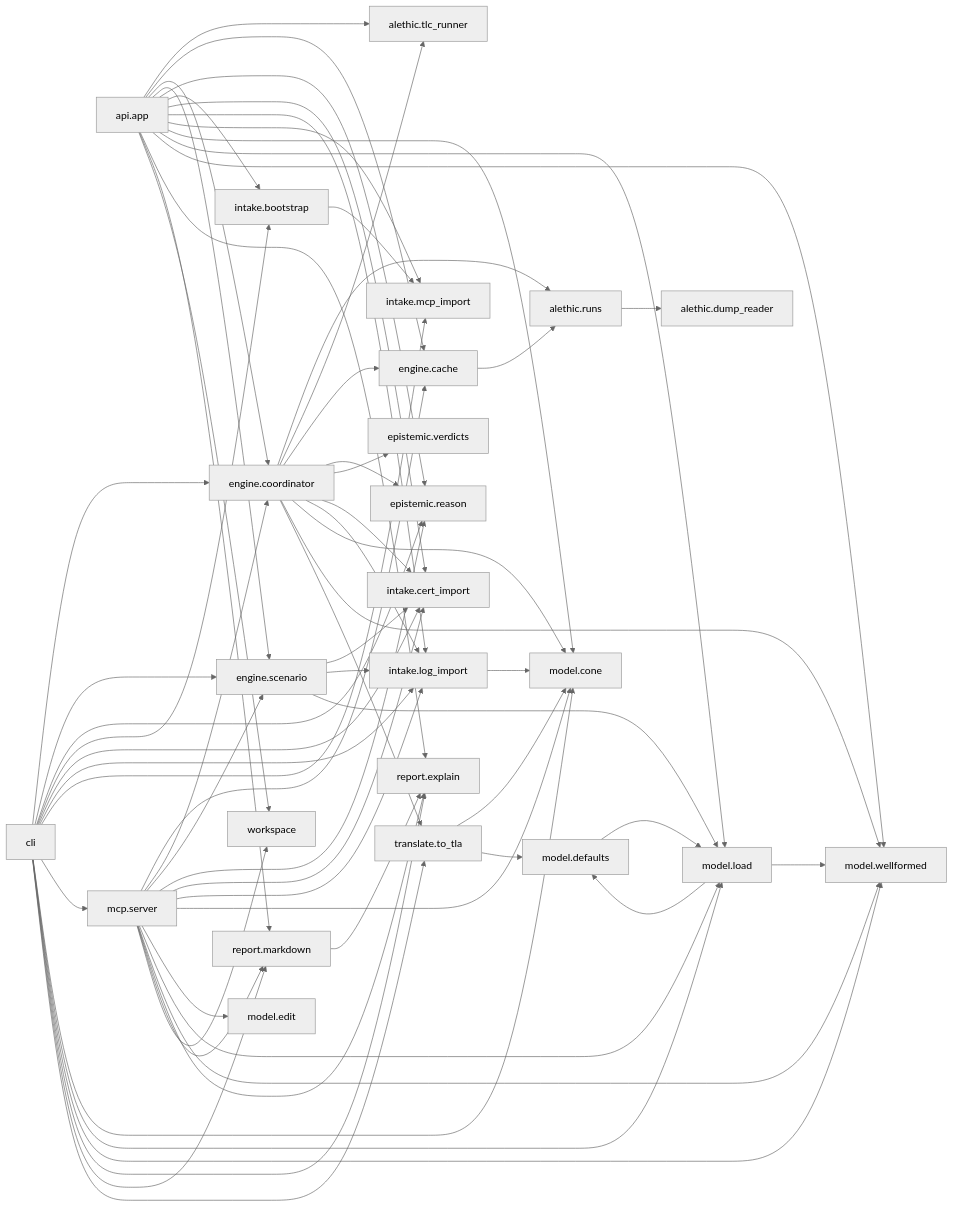
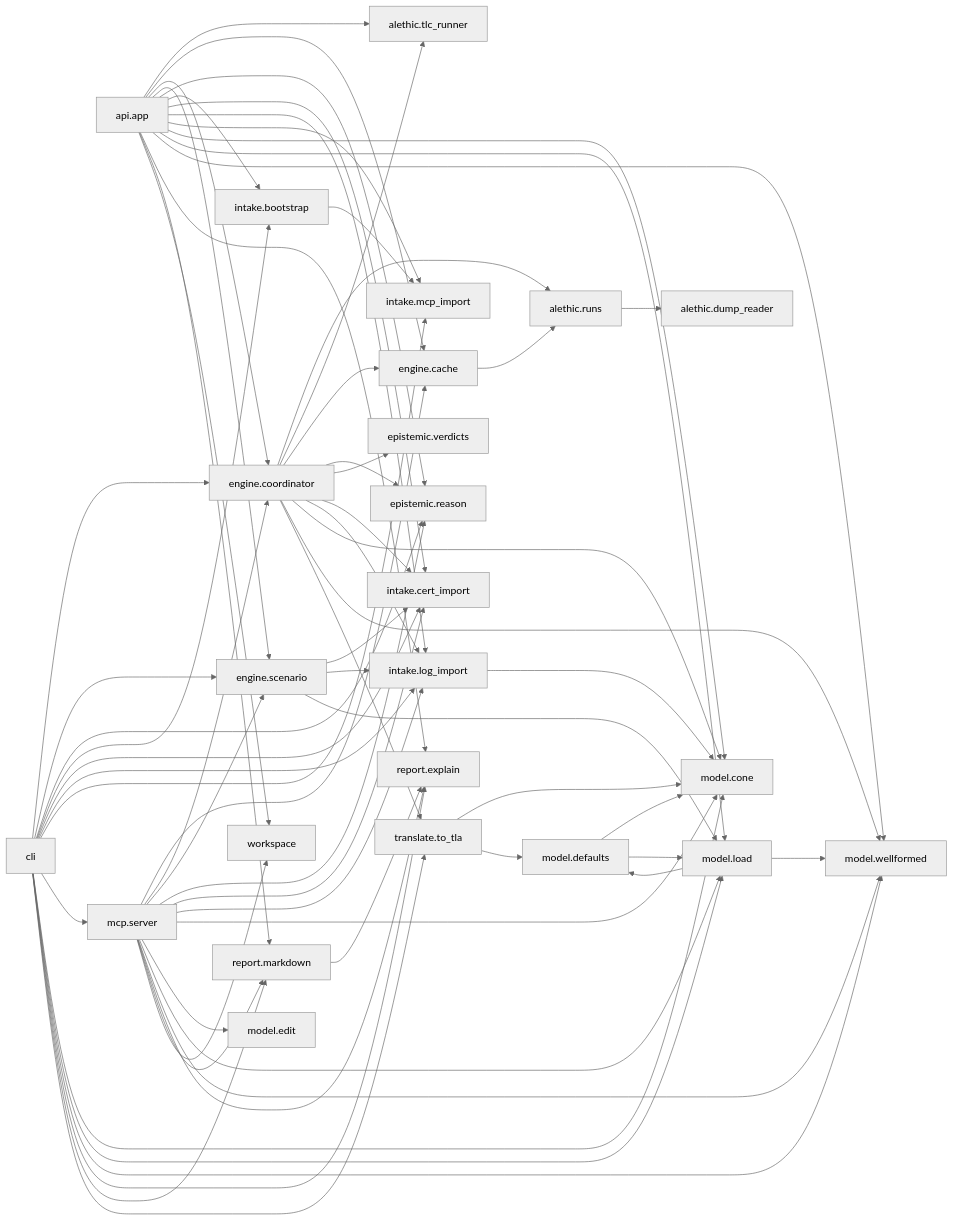
Before and after one commit to nmarci7/Bimodal-EPA: the first of 2 diagrams in docs/dev/call-graph.md, drawn with Mermaid (neutral theme). The commit also changed other lines of this file and 34 other files, not shown here.

````diff
--- a/docs/dev/call-graph.md
+++ b/docs/dev/call-graph.md
@@ -9,68 +9,69 @@
 ```mermaid
 flowchart LR
   m0[alethic.runs] --> m1[alethic.dump_reader]
   m2[api.app] --> m3[alethic.tlc_runner]
   m2[api.app] --> m4[engine.cache]
   m2[api.app] --> m5[engine.coordinator]
   m2[api.app] --> m6[engine.scenario]
   m2[api.app] --> m7[epistemic.reason]
   m2[api.app] --> m8[intake.bootstrap]
   m2[api.app] --> m9[intake.cert_import]
   m2[api.app] --> m10[intake.log_import]
   m2[api.app] --> m11[intake.mcp_import]
   m2[api.app] --> m12[model.cone]
   m2[api.app] --> m13[model.load]
   m2[api.app] --> m14[model.wellformed]
   m2[api.app] --> m15[report.explain]
   m2[api.app] --> m16[report.markdown]
   m2[api.app] --> m17[workspace]
   m18[cli] --> m5[engine.coordinator]
   m18[cli] --> m6[engine.scenario]
   m18[cli] --> m7[epistemic.reason]
   m18[cli] --> m8[intake.bootstrap]
   m18[cli] --> m9[intake.cert_import]
   m18[cli] --> m10[intake.log_import]
   m18[cli] --> m11[intake.mcp_import]
   m18[cli] --> m19[mcp.server]
   m18[cli] --> m12[model.cone]
   m18[cli] --> m13[model.load]
   m18[cli] --> m14[model.wellformed]
   m18[cli] --> m15[report.explain]
   m18[cli] --> m16[report.markdown]
   m18[cli] --> m20[translate.to_tla]
   m4[engine.cache] --> m0[alethic.runs]
   m5[engine.coordinator] --> m0[alethic.runs]
   m5[engine.coordinator] --> m3[alethic.tlc_runner]
   m5[engine.coordinator] --> m4[engine.cache]
   m5[engine.coordinator] --> m7[epistemic.reason]
   m5[engine.coordinator] --> m21[epistemic.verdicts]
   m5[engine.coordinator] --> m9[intake.cert_import]
   m5[engine.coordinator] --> m10[intake.log_import]
   m5[engine.coordinator] --> m12[model.cone]
   m5[engine.coordinator] --> m14[model.wellformed]
   m5[engine.coordinator] --> m20[translate.to_tla]
   m6[engine.scenario] --> m9[intake.cert_import]
   m6[engine.scenario] --> m10[intake.log_import]
   m6[engine.scenario] --> m13[model.load]
   m8[intake.bootstrap] --> m11[intake.mcp_import]
   m10[intake.log_import] --> m12[model.cone]
   m19[mcp.server] --> m4[engine.cache]
   m19[mcp.server] --> m5[engine.coordinator]
   m19[mcp.server] --> m6[engine.scenario]
   m19[mcp.server] --> m7[epistemic.reason]
   m19[mcp.server] --> m9[intake.cert_import]
   m19[mcp.server] --> m10[intake.log_import]
   m19[mcp.server] --> m12[model.cone]
   m19[mcp.server] --> m22[model.edit]
   m19[mcp.server] --> m13[model.load]
   m19[mcp.server] --> m14[model.wellformed]
   m19[mcp.server] --> m15[report.explain]
   m19[mcp.server] --> m16[report.markdown]
   m19[mcp.server] --> m17[workspace]
+  m23[model.defaults] --> m12[model.cone]
   m23[model.defaults] --> m13[model.load]
   m13[model.load] --> m23[model.defaults]
   m13[model.load] --> m14[model.wellformed]
   m16[report.markdown] --> m15[report.explain]
   m20[translate.to_tla] --> m12[model.cone]
   m20[translate.to_tla] --> m23[model.defaults]
 ```
````
